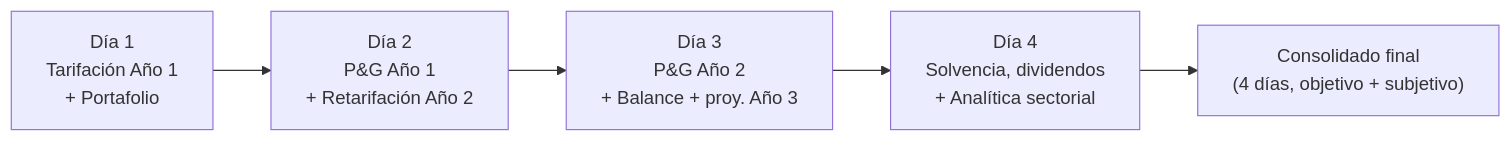
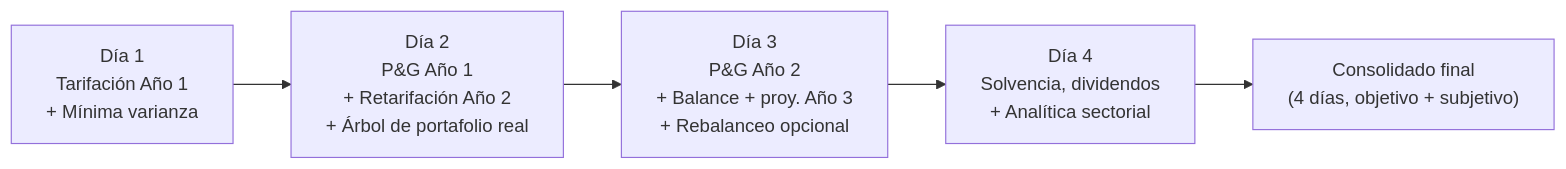
The fourth of 5 diagrams in README.md (SaraGallego22/simulador-financiero-y-actuarial), drawn with Mermaid before and after one commit. The commit also changed other lines of this file and 19 other files, not shown here.

````diff
--- a/README.md
+++ b/README.md
@@ -340,7 +363,7 @@
 ```mermaid
 flowchart LR
-    D1["Día 1\nTarifación Año 1\n+ Portafolio"] --> D2["Día 2\nP&G Año 1\n+ Retarifación Año 2"]
-    D2 --> D3["Día 3\nP&G Año 2\n+ Balance + proy. Año 3"]
+    D1["Día 1\nTarifación Año 1\n+ Mínima varianza"] --> D2["Día 2\nP&G Año 1\n+ Retarifación Año 2\n+ Árbol de portafolio real"]
+    D2 --> D3["Día 3\nP&G Año 2\n+ Balance + proy. Año 3\n+ Rebalanceo opcional"]
     D3 --> D4["Día 4\nSolvencia, dividendos\n+ Analítica sectorial"]
     D4 --> Final["Consolidado final\n(4 días, objetivo + subjetivo)"]
 ```
````
